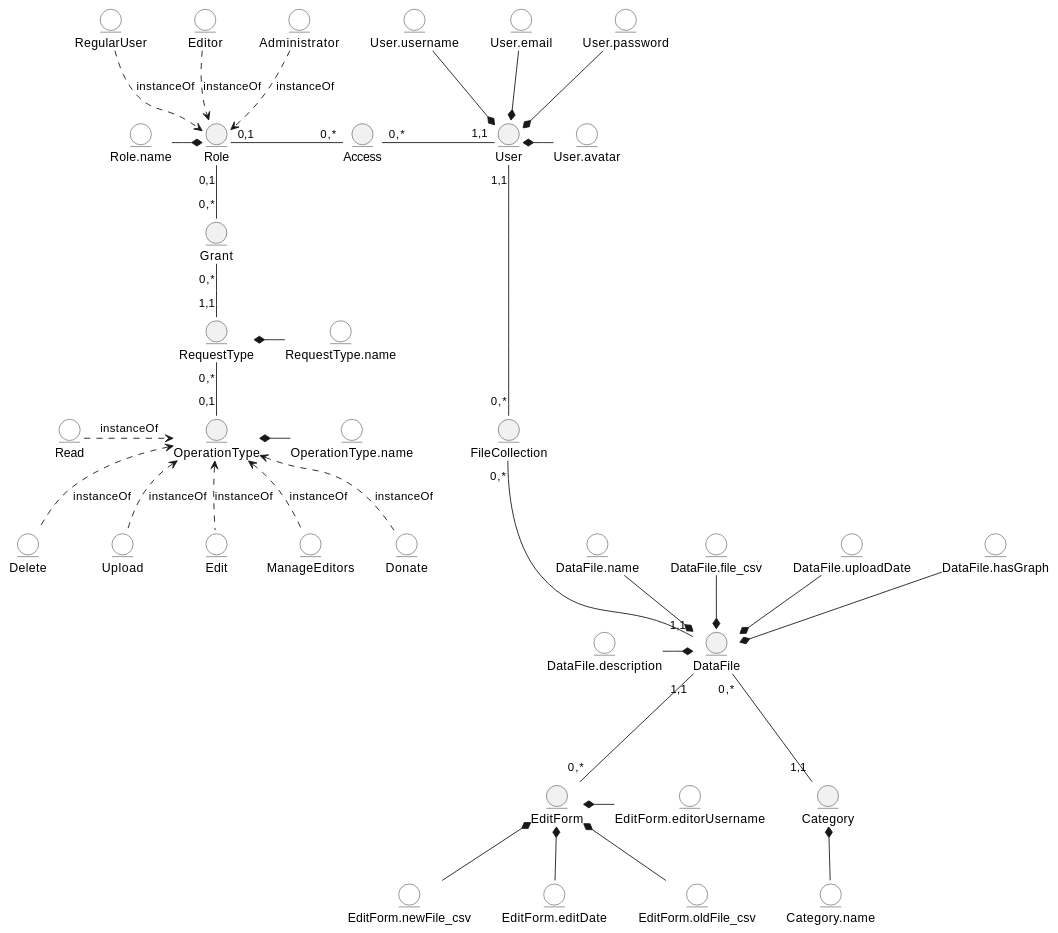
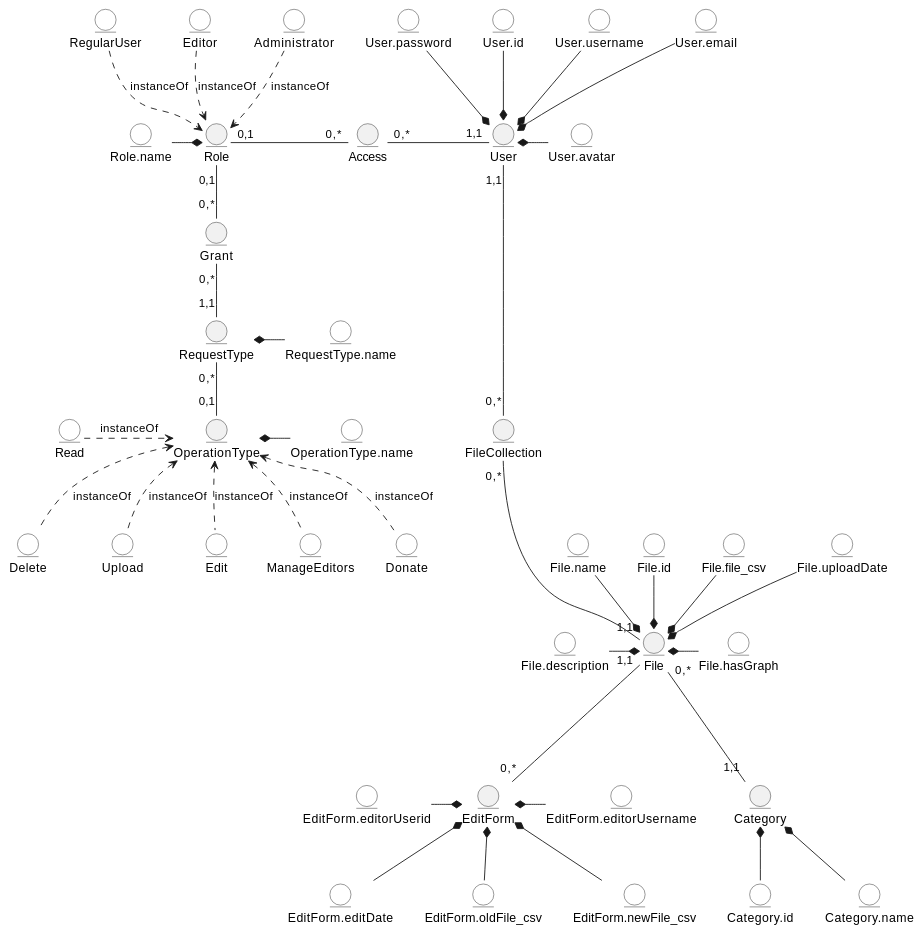
The first of 2 diagrams in docs/design/README.md (edu-db/edu_db_labs), drawn with PlantUML before and after one commit. The commit also changed other lines of this file, not shown here.

Commit message:
ER_model_1.1

```diff
--- a/docs/design/README.md
+++ b/docs/design/README.md
@@ -14,5 +14,6 @@
 @startuml
 entity User
+entity User.id #ffffff
 entity User.username #ffffff
 entity User.email #ffffff
 entity User.password #ffffff 
@@ -41,23 +42,27 @@
 
 entity FileCollection
 
-entity DataFile
-entity DataFile.name #ffffff 
-entity DataFile.description #ffffff 
-entity DataFile.file_csv #ffffff 
-entity DataFile.uploadDate #ffffff
-entity DataFile.hasGraph #ffffff
+entity File
+entity File.name #ffffff 
+entity File.id #ffffff 
+entity File.description #ffffff 
+entity File.file_csv #ffffff 
+entity File.uploadDate #ffffff
+entity File.hasGraph #ffffff
 
 entity EditForm
 entity EditForm.editorUsername #ffffff
+entity EditForm.editorUserid #ffffff
 entity EditForm.oldFile_csv #ffffff
 entity EditForm.newFile_csv #ffffff
 entity EditForm.editDate #ffffff
 
 entity Category
-entity Category.name #ffffff 
+entity Category.name #ffffff
+entity Category.id #ffffff
 
 User.username -d-* User
+User.id -d-* User
 User.email -d-* User 
 User.password -d-* User 
 User.avatar -l-* User
@@ -83,20 +88,23 @@
 Donate  .u.> OperationType : instanceOf
 
 User "1,1" ---d- "0,*" FileCollection
-FileCollection "0,*" -d-- "1,1" DataFile
+FileCollection "0,*" -d-- "1,1" File
 
-EditForm "0,*" --u- "1,1" DataFile
-Category "1,1" --u- "0,*" DataFile
+EditForm "0,*" --u- "1,1" File
+Category "1,1" --u- "0,*" File
  
-DataFile.name -d-* DataFile
-DataFile.description -r-* DataFile
-DataFile.file_csv -d-* DataFile
-DataFile.uploadDate -d-* DataFile
-DataFile.hasGraph -d-* DataFile
+File.name -d-* File
+File.id -d-* File
+File.description -r-* File
+File.file_csv -d-* File
+File.uploadDate -d-* File
+File.hasGraph -l-* File
 
 Category.name -u-* Category
+Category.id -u-* Category
 
 EditForm.editorUsername -l-* EditForm
+EditForm.editorUserid -r-* EditForm
 EditForm.oldFile_csv -u-* EditForm
 EditForm.newFile_csv -u-* EditForm
 EditForm.editDate -u-* EditForm
```
